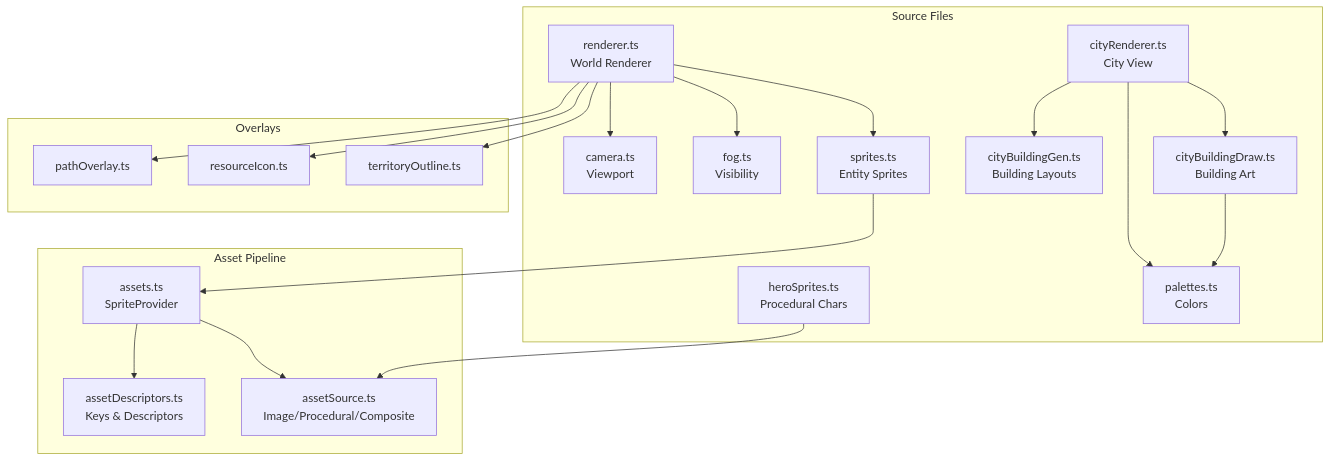
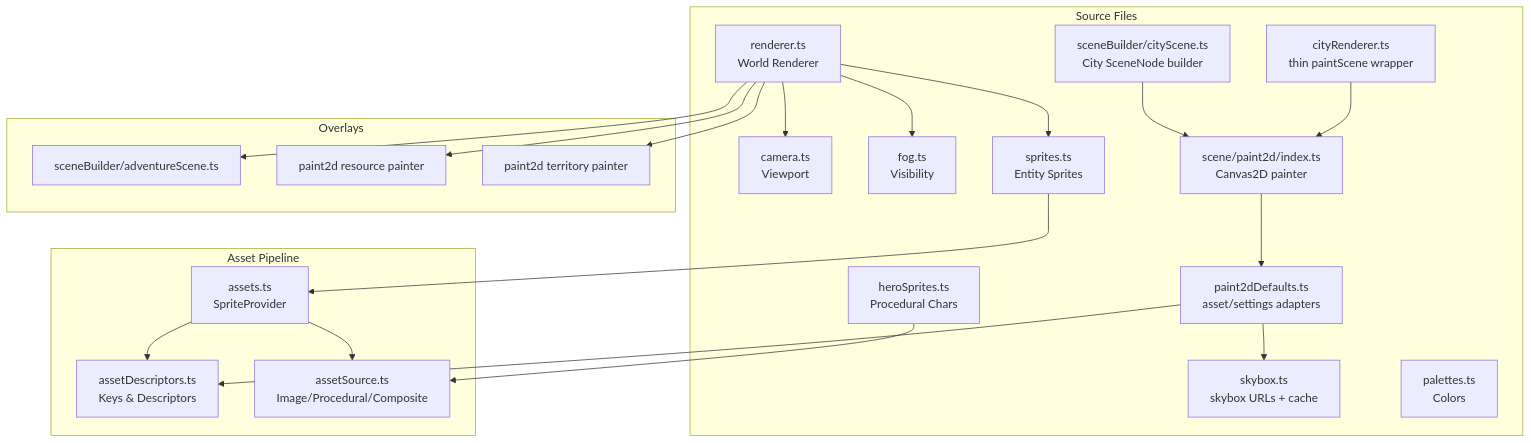
The first of 8 diagrams in src/render/docs/technical-spec.md (JLRoper/vigilant-palm-tree), drawn with Mermaid before and after one commit. The commit also changed other lines of this file and 23 other files, not shown here.

````diff
--- a/src/render/docs/technical-spec.md
+++ b/src/render/docs/technical-spec.md
@@ -11,41 +13,44 @@
 ```mermaid
 graph TD
     subgraph "Source Files"
         R["renderer.ts<br/>World Renderer"]
         C["camera.ts<br/>Viewport"]
         F["fog.ts<br/>Visibility"]
         S["sprites.ts<br/>Entity Sprites"]
-        CV["cityRenderer.ts<br/>City View"]
-        CBG["cityBuildingGen.ts<br/>Building Layouts"]
-        CBD["cityBuildingDraw.ts<br/>Building Art"]
+        CV["cityRenderer.ts<br/>thin paintScene wrapper"]
+        CS["sceneBuilder/cityScene.ts<br/>City SceneNode builder"]
+        P2D["scene/paint2d/index.ts<br/>Canvas2D painter"]
+        PD["paint2dDefaults.ts<br/>asset/settings adapters"]
+        SKY["skybox.ts<br/>skybox URLs + cache"]
         HS["heroSprites.ts<br/>Procedural Chars"]
         P["palettes.ts<br/>Colors"]
     end
 
     subgraph "Asset Pipeline"
         AD["assetDescriptors.ts<br/>Keys & Descriptors"]
         AP["assets.ts<br/>SpriteProvider"]
         AS["assetSource.ts<br/>Image/Procedural/Composite"]
     end
 
     subgraph "Overlays"
-        PO["pathOverlay.ts"]
-        RI["resourceIcon.ts"]
-        TO["territoryOutline.ts"]
+        PO["sceneBuilder/adventureScene.ts"]
+        RI["paint2d resource painter"]
+        TO["paint2d territory painter"]
     end
 
     R --> C
     R --> F
     R --> S
     R --> PO
     R --> RI
     R --> TO
     S --> AP
     AP --> AD
     AP --> AS
-    CV --> CBD
-    CV --> CBG
-    CV --> P
-    CBD --> P
+    CV --> P2D
+    CS --> P2D
+    P2D --> PD
+    PD --> AD
+    PD --> SKY
     HS --> AS
 ```
````
